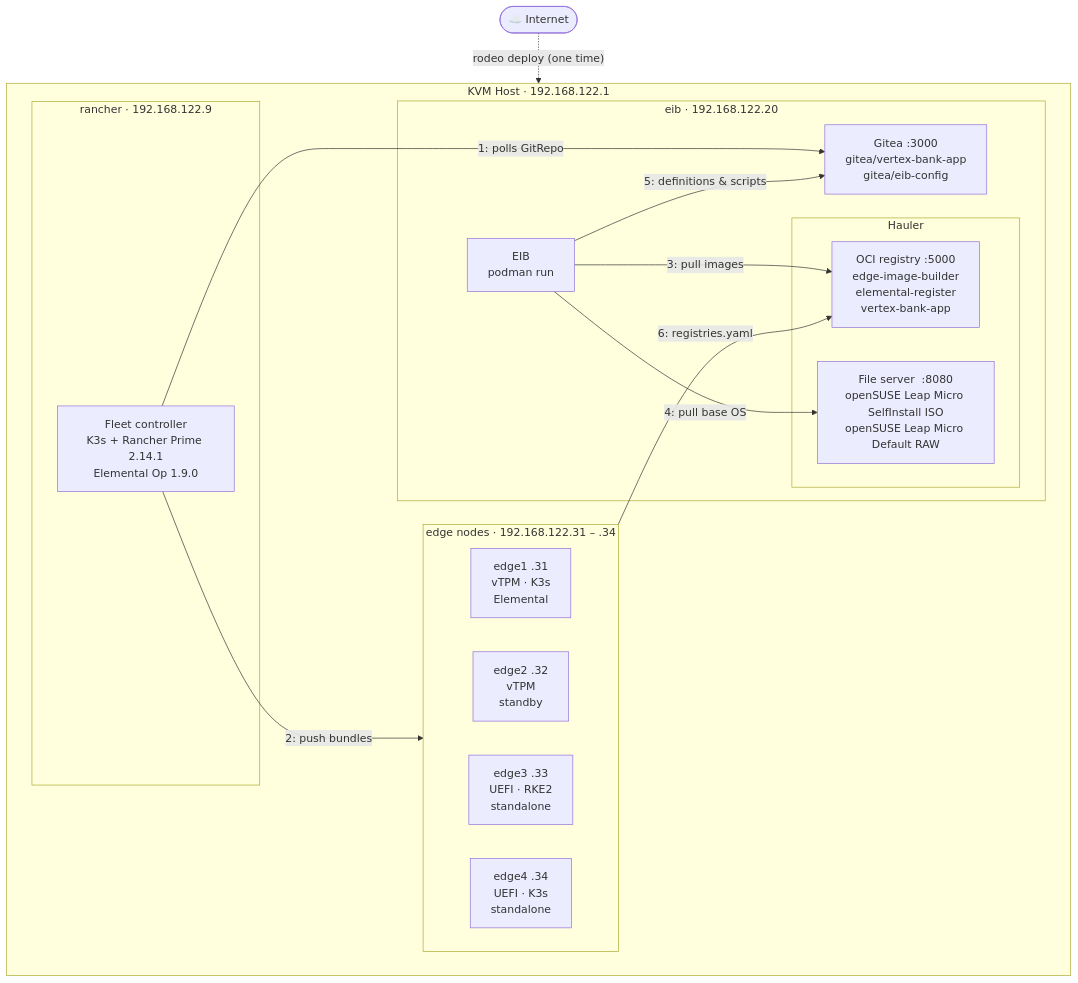
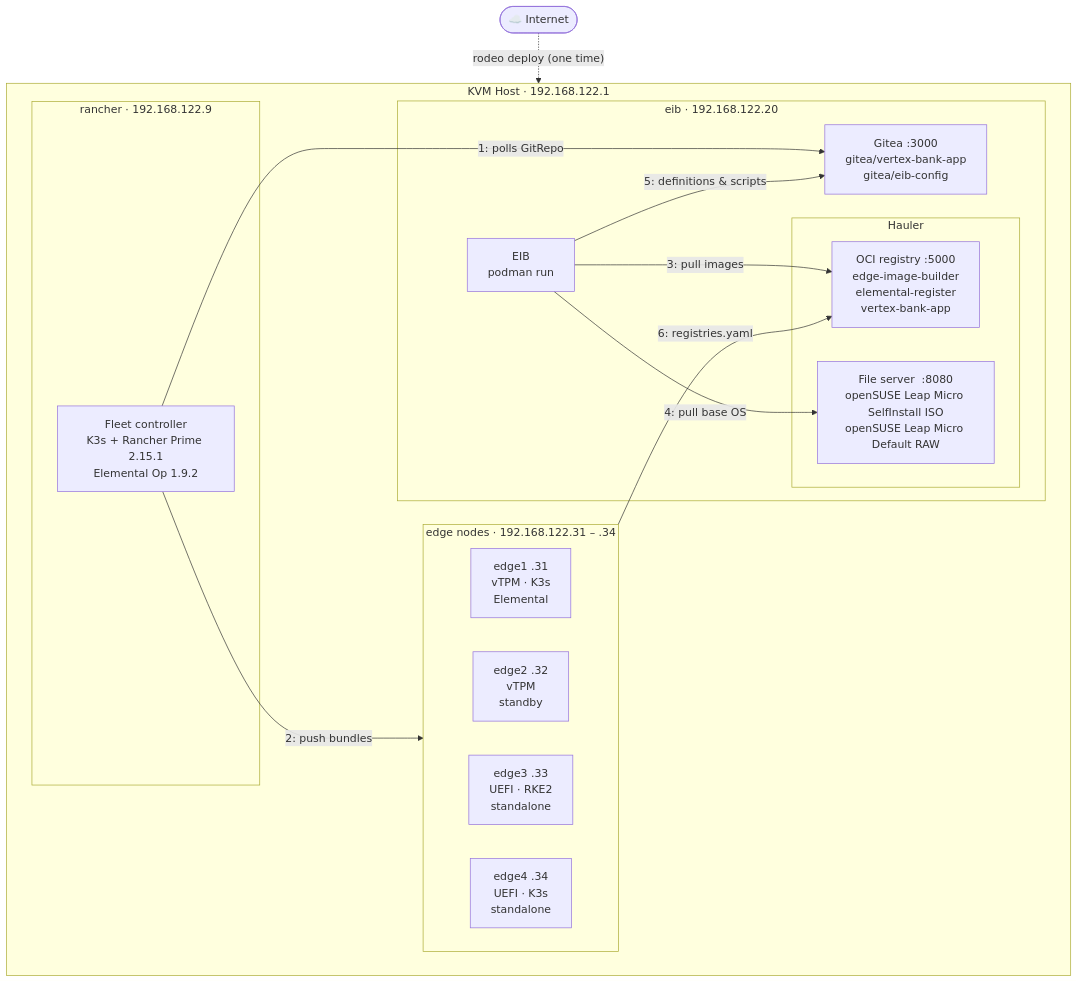
One commit to avaleror/suse-edge-workshop changed the diagram in docs/reference/disconnected-environment.md. Above: the diagram before and after it, drawn with Mermaid. The commit also changed other lines of this file and 15 other files, not shown here.

````diff
--- a/docs/reference/disconnected-environment.md
+++ b/docs/reference/disconnected-environment.md
@@ -20,38 +20,38 @@
 ```mermaid
 flowchart TB
     Internet(["☁️  Internet"])
 
     subgraph HOST["KVM Host  ·  192.168.122.1"]
         subgraph RANCHER["rancher  ·  192.168.122.9"]
-            Fleet["Fleet controller\nK3s + Rancher Prime 2.14.1\nElemental Op 1.9.0"]
+            Fleet["Fleet controller\nK3s + Rancher Prime 2.15.1\nElemental Op 1.9.2"]
         end
 
         subgraph EIBVM["eib  ·  192.168.122.20"]
             subgraph HAULER["Hauler"]
                 HaulerOCI["OCI registry  :5000\nedge-image-builder\nelemental-register\nvertex-bank-app"]
                 HaulerFS["File server  :8080\nopenSUSE Leap Micro SelfInstall ISO\nopenSUSE Leap Micro Default RAW"]
             end
             Gitea["Gitea  :3000\ngitea/vertex-bank-app\ngitea/eib-config"]
             EIB["EIB\npodman run"]
         end
 
         subgraph EDGES["edge nodes  ·  192.168.122.31 – .34"]
             direction LR
             E1["edge1  .31\nvTPM · K3s\nElemental"]
             E2["edge2  .32\nvTPM\nstandby"]
             E3["edge3  .33\nUEFI · RKE2\nstandalone"]
             E4["edge4  .34\nUEFI · K3s\nstandalone"]
         end
     end
 
     Internet -. "rodeo deploy (one time)" .-> HOST
 
     Fleet -->|"1: polls GitRepo"| Gitea
     Fleet -->|"2: push bundles"| EDGES
 
     EIB -->|"3: pull images"| HaulerOCI
     EIB -->|"4: pull base OS"| HaulerFS
     EIB -->|"5: definitions & scripts"| Gitea
 
     EDGES -->|"6: registries.yaml"| HaulerOCI
 ```
````
